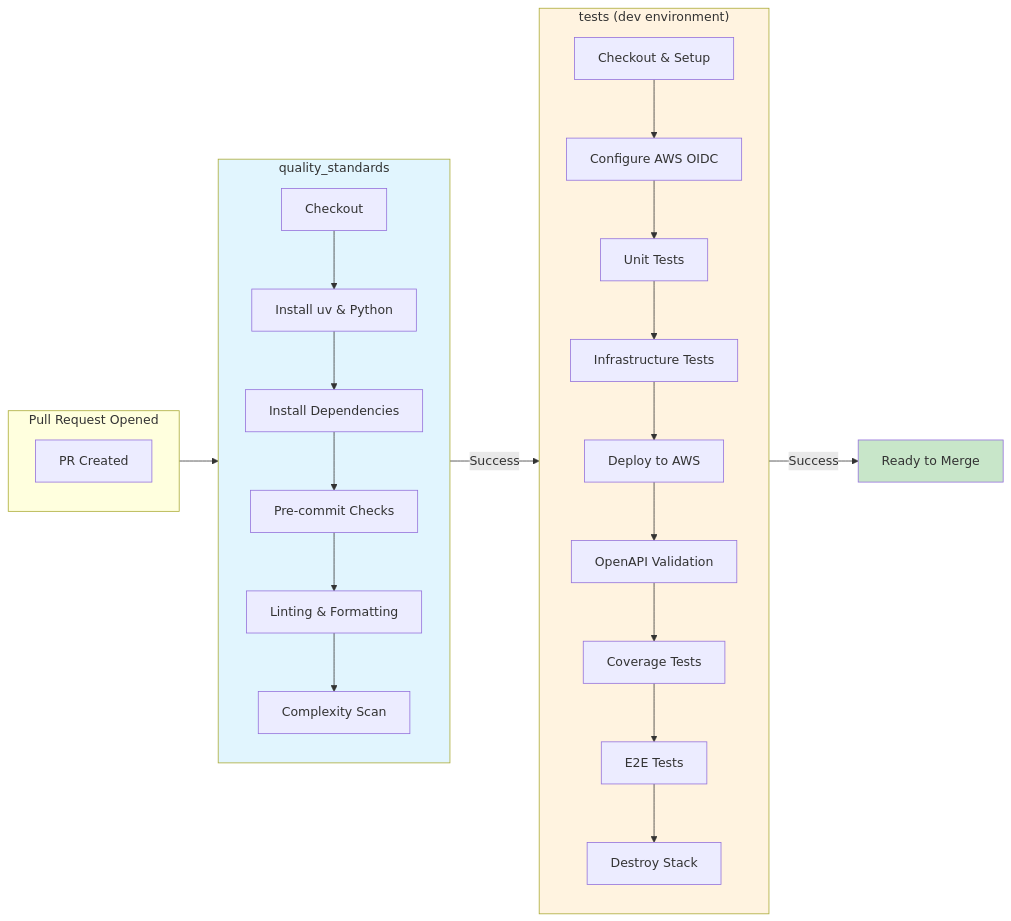
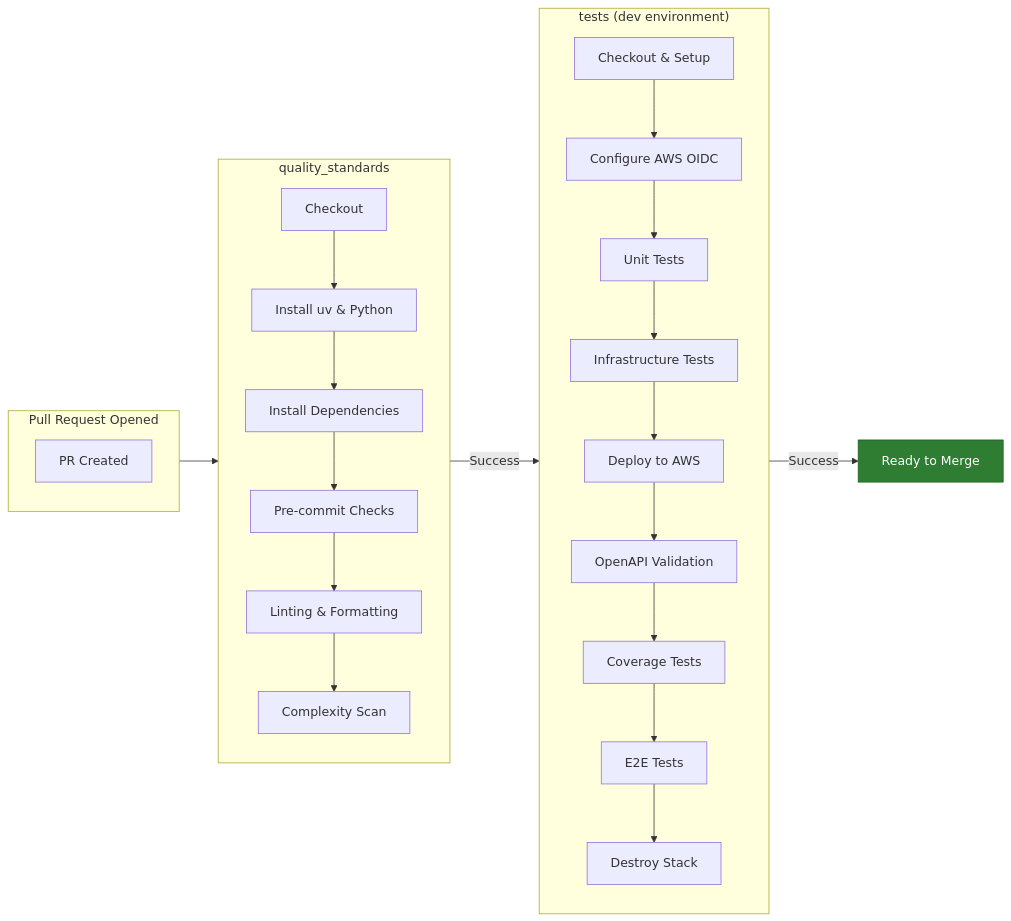
One commit to ran-isenberg/aws-lambda-handler-cookbook changed the first of 2 diagrams in docs/pipeline.md. Above: the diagram before and after it, drawn with Mermaid. The commit also changed other lines of this file and 66 other files, not shown here.

````diff
--- a/docs/pipeline.md
+++ b/docs/pipeline.md
@@ -57,36 +57,35 @@
 ```mermaid
 flowchart LR
     subgraph PR["Pull Request Opened"]
         direction TB
         A[PR Created]
     end
 
     subgraph QS["quality_standards"]
         direction TB
         B1[Checkout] --> B2[Install uv & Python]
         B2 --> B3[Install Dependencies]
         B3 --> B4[Pre-commit Checks]
         B4 --> B5[Linting & Formatting]
         B5 --> B6[Complexity Scan]
     end
 
     subgraph Tests["tests (dev environment)"]
         direction TB
         C1[Checkout & Setup] --> C2[Configure AWS OIDC]
         C2 --> C3[Unit Tests]
         C3 --> C4[Infrastructure Tests]
         C4 --> C5[Deploy to AWS]
         C5 --> C6[OpenAPI Validation]
         C6 --> C7[Coverage Tests]
         C7 --> C8[E2E Tests]
         C8 --> C9[Destroy Stack]
     end
 
     PR --> QS
     QS -->|Success| Tests
     Tests -->|Success| D[Ready to Merge]
 
-    style QS fill:#e1f5fe
-    style Tests fill:#fff3e0
-    style D fill:#c8e6c9
+    classDef success fill:#2E7D32,stroke:#1B5E20,color:#fff
+    class D success
 ```
````
